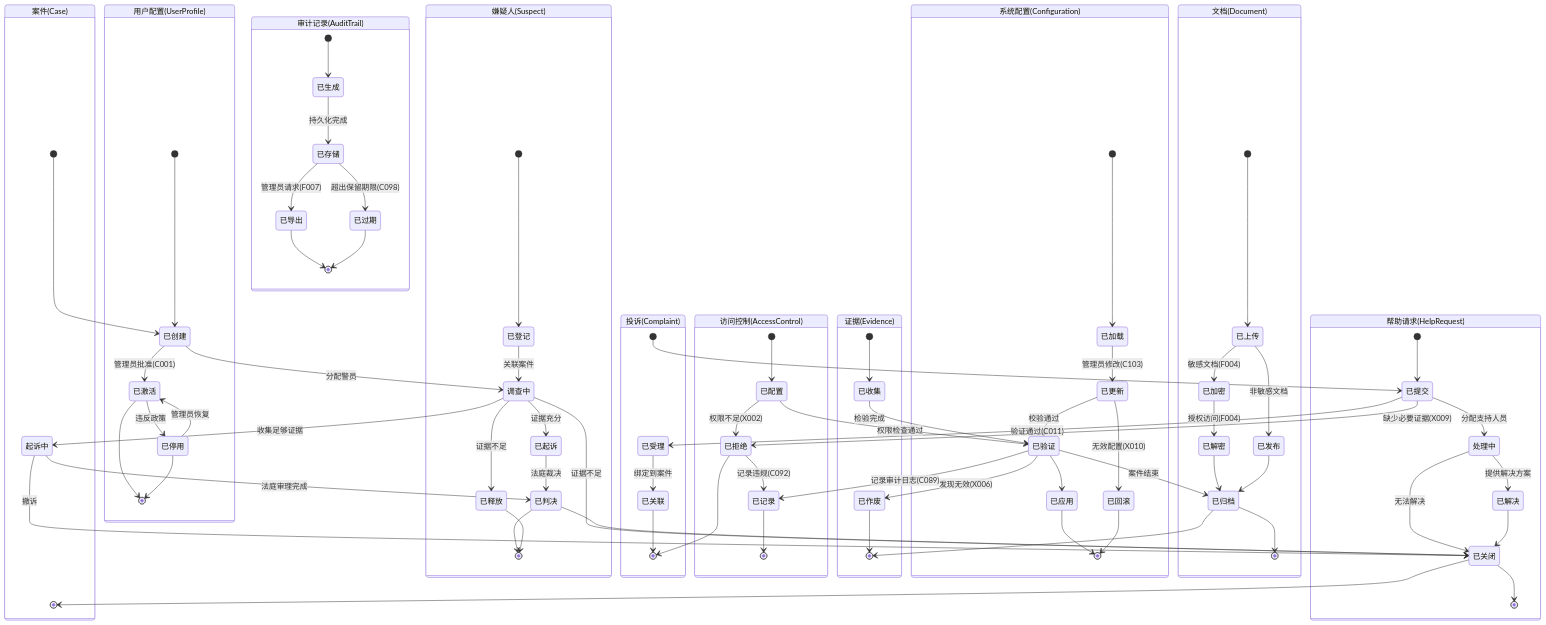
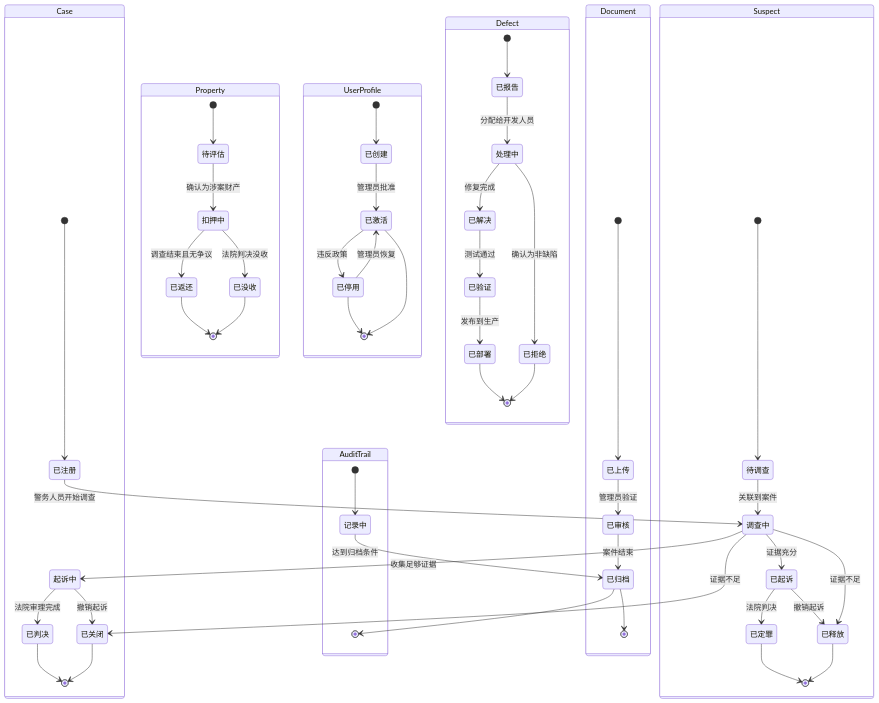
Before and after one commit to YxY09/ReqDesign-Agent: the diagram in output/by_task/diagrams-state/state_diagram.mmd, drawn with Mermaid. The commit also changed 33 other files, not shown here.

```diff
--- a/output/by_task/diagrams-state/state_diagram.mmd
+++ b/output/by_task/diagrams-state/state_diagram.mmd
@@ -1,86 +1,58 @@
 stateDiagram-v2
-    state "案件(Case)" as Case {
-        [*] --> 已创建
-        已创建 --> 调查中 : 分配警员
+    state "Case" as Case {
+        [*] --> 已注册
+        已注册 --> 调查中 : 警务人员开始调查
         调查中 --> 起诉中 : 收集足够证据
         调查中 --> 已关闭 : 证据不足
-        起诉中 --> 已判决 : 法庭审理完成
-        起诉中 --> 已关闭 : 撤诉
-        已判决 --> 已关闭
+        起诉中 --> 已判决 : 法院审理完成
+        起诉中 --> 已关闭 : 撤销起诉
+        已判决 --> [*]
         已关闭 --> [*]
     }
-    state "投诉(Complaint)" as Complaint {
-        [*] --> 已提交
-        已提交 --> 已受理 : 验证通过(C011)
-        已提交 --> 已拒绝 : 缺少必要证据(X009)
-        已受理 --> 已关联 : 绑定到案件
-        已关联 --> [*]
+    state "Suspect" as Suspect {
+        [*] --> 待调查
+        待调查 --> 调查中 : 关联到案件
+        调查中 --> 已起诉 : 证据充分
+        调查中 --> 已释放 : 证据不足
+        已起诉 --> 已定罪 : 法院判决
+        已起诉 --> 已释放 : 撤销起诉
+        已定罪 --> [*]
+        已释放 --> [*]
+    }
+    state "Property" as Property {
+        [*] --> 待评估
+        待评估 --> 扣押中 : 确认为涉案财产
+        扣押中 --> 已返还 : 调查结束且无争议
+        扣押中 --> 已没收 : 法院判决没收
+        已返还 --> [*]
+        已没收 --> [*]
+    }
+    state "AuditTrail" as AuditTrail {
+        [*] --> 记录中
+        记录中 --> 已归档 : 达到归档条件
+        已归档 --> [*]
+    }
+    state "UserProfile" as UserProfile {
+        [*] --> 已创建
+        已创建 --> 已激活 : 管理员批准
+        已激活 --> 已停用 : 违反政策
+        已停用 --> 已激活 : 管理员恢复
+        已停用 --> [*]
+        已激活 --> [*]
+    }
+    state "Defect" as Defect {
+        [*] --> 已报告
+        已报告 --> 处理中 : 分配给开发人员
+        处理中 --> 已解决 : 修复完成
+        处理中 --> 已拒绝 : 确认为非缺陷
+        已解决 --> 已验证 : 测试通过
+        已验证 --> 已部署 : 发布到生产
+        已部署 --> [*]
         已拒绝 --> [*]
     }
-    state "嫌疑人(Suspect)" as Suspect {
-        [*] --> 已登记
-        已登记 --> 调查中 : 关联案件
-        调查中 --> 已起诉 : 证据充分
-        调查中 --> 已释放 : 证据不足
-        已起诉 --> 已判决 : 法庭裁决
-        已判决 --> [*]
-        已释放 --> [*]
-    }
-    state "证据(Evidence)" as Evidence {
-        [*] --> 已收集
-        已收集 --> 已验证 : 检验完成
-        已验证 --> 已归档 : 案件结束
-        已验证 --> 已作废 : 发现无效(X006)
-        已归档 --> [*]
-        已作废 --> [*]
-    }
-    state "文档(Document)" as Document {
+    state "Document" as Document {
         [*] --> 已上传
-        已上传 --> 已加密 : 敏感文档(F004)
-        已上传 --> 已发布 : 非敏感文档
-        已加密 --> 已解密 : 授权访问(F004)
-        已解密 --> 已归档
-        已发布 --> 已归档
+        已上传 --> 已审核 : 管理员验证
+        已审核 --> 已归档 : 案件结束
         已归档 --> [*]
     }
-    state "用户配置(UserProfile)" as UserProfile {
-        [*] --> 已创建
-        已创建 --> 已激活 : 管理员批准(C001)
-        已激活 --> 已停用 : 违反政策
-        已停用 --> 已激活 : 管理员恢复
-        已激活 --> [*]
-        已停用 --> [*]
-    }
-    state "访问控制(AccessControl)" as AccessControl {
-        [*] --> 已配置
-        已配置 --> 已验证 : 权限检查通过
-        已配置 --> 已拒绝 : 权限不足(X002)
-        已验证 --> 已记录 : 记录审计日志(C089)
-        已拒绝 --> 已记录 : 记录违规(C092)
-        已记录 --> [*]
-    }
-    state "审计记录(AuditTrail)" as AuditTrail {
-        [*] --> 已生成
-        已生成 --> 已存储 : 持久化完成
-        已存储 --> 已导出 : 管理员请求(F007)
-        已存储 --> 已过期 : 超出保留期限(C098)
-        已导出 --> [*]
-        已过期 --> [*]
-    }
-    state "系统配置(Configuration)" as Configuration {
-        [*] --> 已加载
-        已加载 --> 已更新 : 管理员修改(C103)
-        已更新 --> 已验证 : 校验通过
-        已更新 --> 已回滚 : 无效配置(X010)
-        已验证 --> 已应用
-        已应用 --> [*]
-        已回滚 --> [*]
-    }
-    state "帮助请求(HelpRequest)" as HelpRequest {
-        [*] --> 已提交
-        已提交 --> 处理中 : 分配支持人员
-        处理中 --> 已解决 : 提供解决方案
-        处理中 --> 已关闭 : 无法解决
-        已解决 --> 已关闭
-        已关闭 --> [*]
-    }
```
